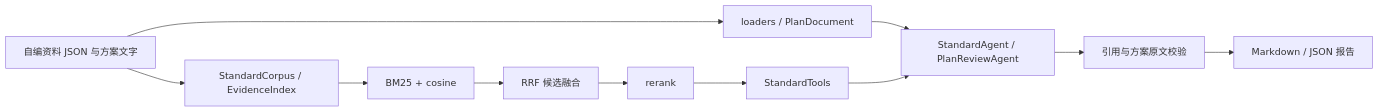
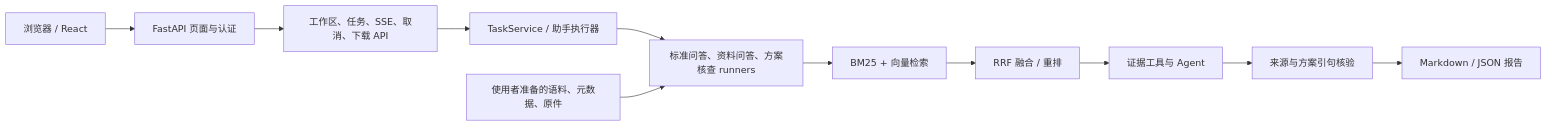
The diagram in docs/architecture.md (L1pp/rag-arch-demo), drawn with Mermaid before and after one commit. The commit also changed other lines of this file and 70 other files, not shown here.

Commit message:
Publish React/FastAPI workbench as default with standalone offline demos

````diff
--- a/docs/architecture.md
+++ b/docs/architecture.md
@@ -5,13 +7,13 @@
-```mermaid
+~~~~mermaid
 flowchart LR
-    A[自编资料 JSON 与方案文字] --> B[loaders / PlanDocument]
-    A --> C[StandardCorpus / EvidenceIndex]
-    B --> H
-    C --> D[BM25 + cosine]
-    D --> E[RRF 候选融合]
-    E --> F[rerank]
-    F --> G[StandardTools]
-    G --> H[StandardAgent / PlanReviewAgent]
-    H --> I[引用与方案原文校验]
-    I --> J[Markdown / JSON 报告]
-```
+    U[浏览器 / React] --> A[FastAPI 页面与认证]
+    A --> B[工作区、任务、SSE、取消、下载 API]
+    B --> C[TaskService / 助手执行器]
+    C --> D[标准问答、资料问答、方案核查 runners]
+    D --> E[BM25 + 向量检索]
+    E --> F[RRF 融合 / 重排]
+    F --> G[证据工具与 Agent]
+    G --> H[来源与方案引句核验]
+    H --> I[Markdown / JSON 报告]
+    J[使用者准备的语料、元数据、原件] --> D
+~~~~
````
